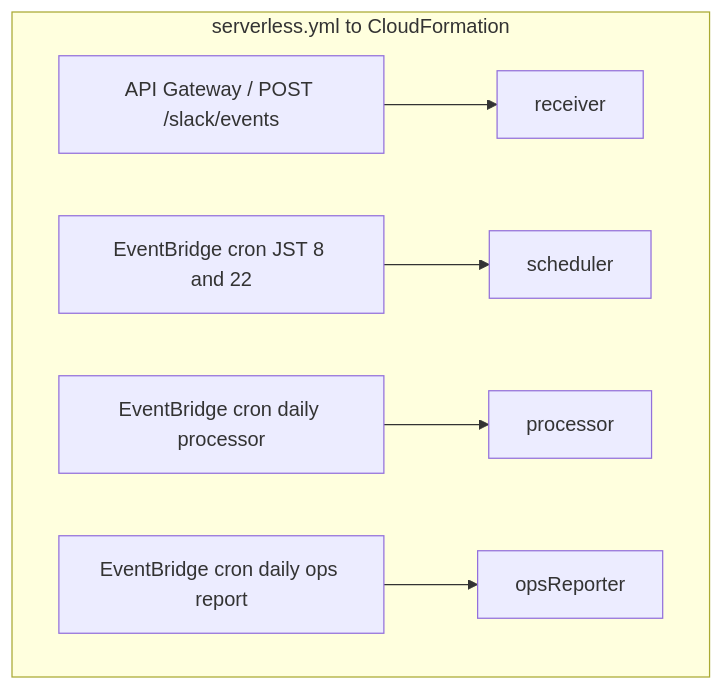
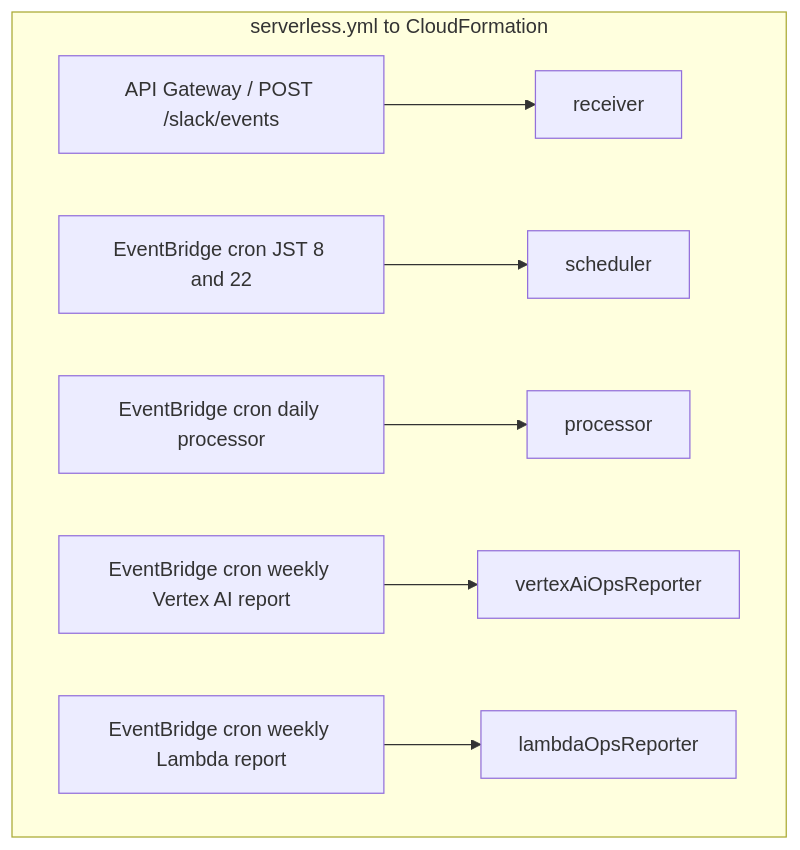
Before and after one commit to YoshimuraKoei/koei-clone: the second of 11 diagrams in ARCHITECTURE.md, drawn with Mermaid. The commit also changed other lines of this file and 9 other files, not shown here.

````diff
--- a/ARCHITECTURE.md
+++ b/ARCHITECTURE.md
@@ -53,18 +56,21 @@
 ```mermaid
 flowchart TB
   subgraph deploy["serverless.yml to CloudFormation"]
     AG["API Gateway / POST /slack/events"]
     L1[receiver]
     L2[scheduler]
     L3[processor]
-    L4[opsReporter]
+    L4[vertexAiOpsReporter]
+    L5[lambdaOpsReporter]
     R1["EventBridge cron JST 8 and 22"]
     R2["EventBridge cron daily processor"]
-    R3["EventBridge cron daily ops report"]
+    R3["EventBridge cron weekly Vertex AI report"]
+    R4["EventBridge cron weekly Lambda report"]
   end
 
   AG --> L1
   R1 --> L2
   R2 --> L3
   R3 --> L4
+  R4 --> L5
 ```
````
